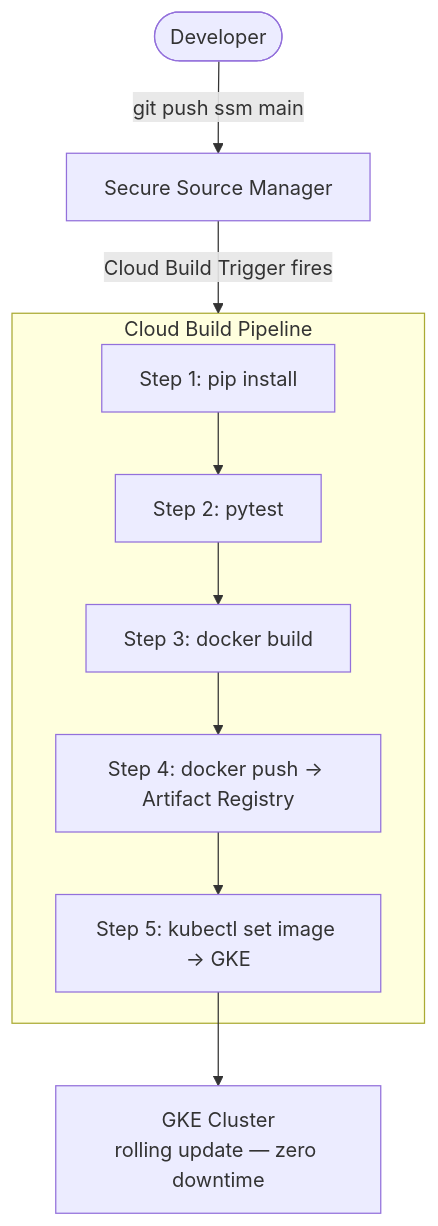
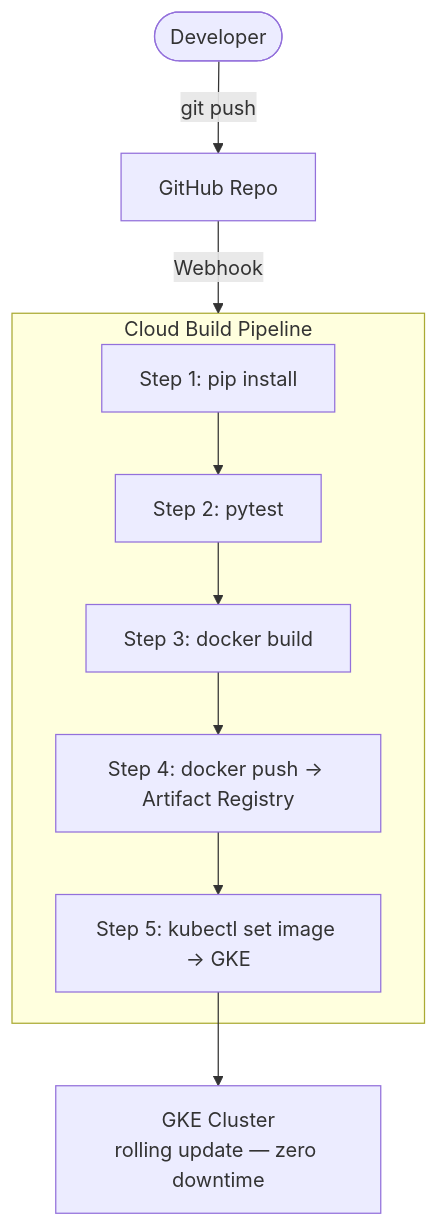
The diagram in web_app_gcp/phase4_containers/03_automated_cicd.md (ulises-jimenez07/cc-gcp), drawn with Mermaid before and after one commit. The commit also changed other lines of this file, not shown here.

Commit message:
Refactor: cicd, use gcp trigger

````diff
--- a/web_app_gcp/phase4_containers/03_automated_cicd.md
+++ b/web_app_gcp/phase4_containers/03_automated_cicd.md
@@ -5,12 +5,12 @@
 ```mermaid
 graph TD
-    Dev([Developer]) -- "git push ssm main" --> SSM[Secure Source Manager]
-    SSM -- "Cloud Build Trigger fires" --> CB
+    Dev([Developer]) -- "git push" --> GH[GitHub Repo]
+    GH -- "Webhook" --> CB[Cloud Build Trigger]
     subgraph CB[Cloud Build Pipeline]
         S1["Step 1: pip install"] --> S2["Step 2: pytest"]
         S2 --> S3["Step 3: docker build"]
         S3 --> S4["Step 4: docker push → Artifact Registry"]
         S4 --> S5["Step 5: kubectl set image → GKE"]
     end
     S5 --> GKE["GKE Cluster\nrolling update — zero downtime"]
 ```
````
